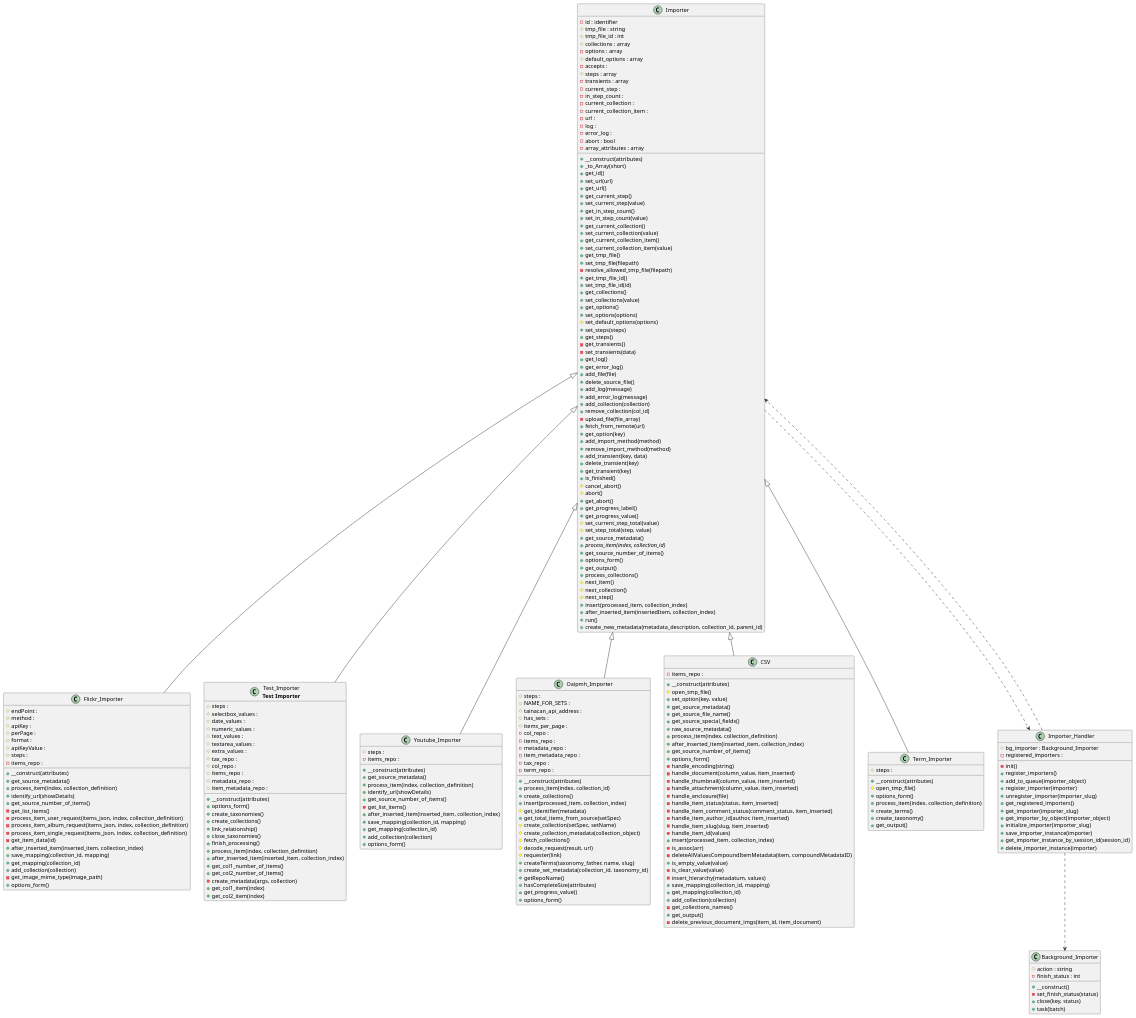
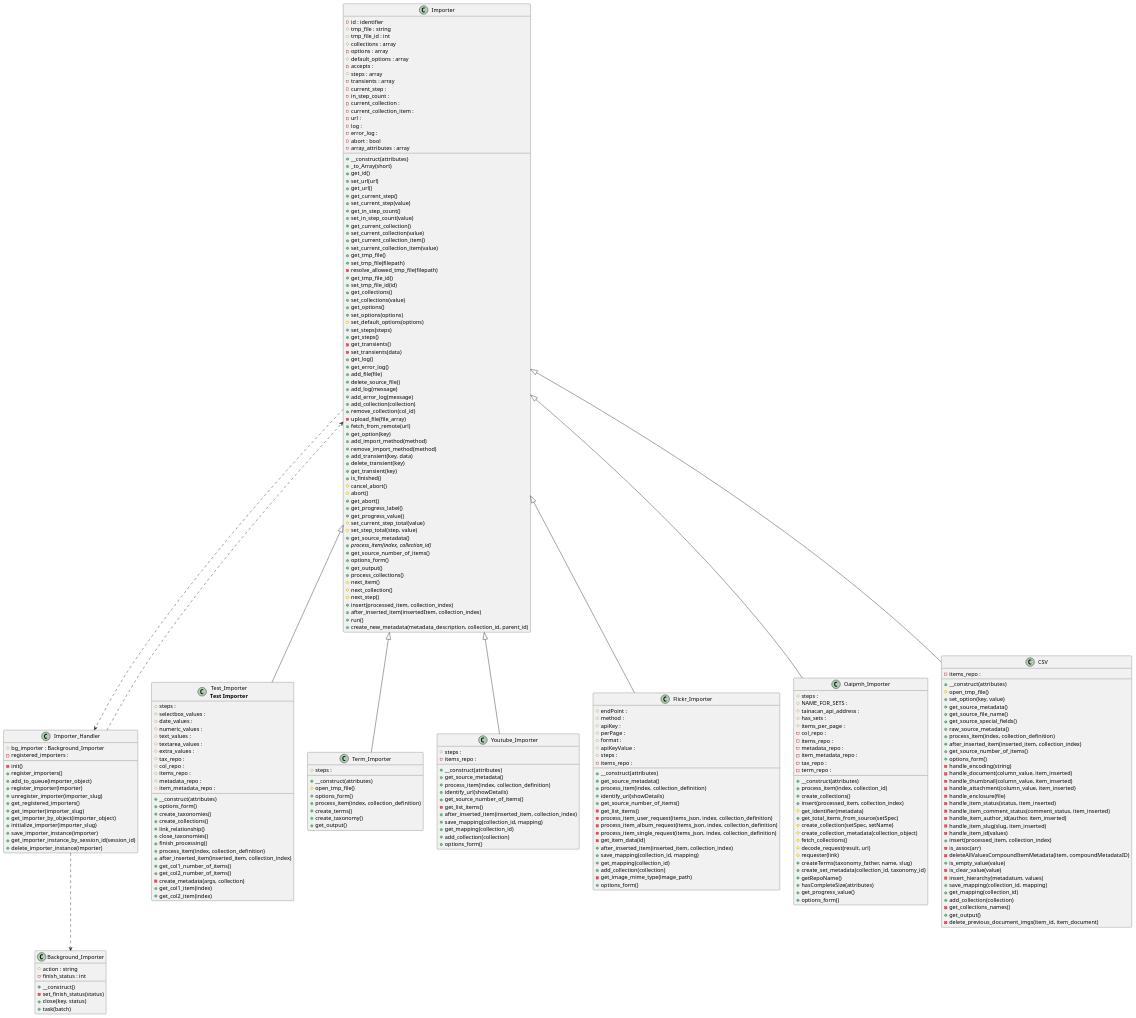
Before and after one commit to tainacan/tainacan: the diagram in docs/diagrams/tainacan-namespace-Tainacan-Importer.puml, drawn with PlantUML. The commit also changed other lines of this file and 96 other files, not shown here.

```diff
--- a/docs/diagrams/tainacan-namespace-Tainacan-Importer.puml
+++ b/docs/diagrams/tainacan-namespace-Tainacan-Importer.puml
@@ -1,30 +1,4 @@
 @startuml class-diagram
-  class "Flickr_Importer" as Flickr_Importer {
-    #endPoint : 
-    #method : 
-    #apiKey : 
-    #perPage : 
-    #format : 
-    #apiKeyValue : 
-    #steps : 
-    -items_repo : 
-    +__construct(attributes)
-    +get_source_metadata()
-    +process_item(index, collection_definition)
-    +identify_url(showDetails)
-    +get_source_number_of_items()
-    -get_list_items()
-    -process_item_user_request(items_json, index, collection_definition)
-    -process_item_album_request(items_json, index, collection_definition)
-    -process_item_single_request(items_json, index, collection_definition)
-    -get_item_data(id)
-    +after_inserted_item(inserted_item, collection_index)
-    +save_mapping(collection_id, mapping)
-    +get_mapping(collection_id)
-    +add_collection(collection)
-    -get_image_mime_type(image_path)
-    +options_form()
-  }
   class "Test_Importer\n<b>Test Importer</b>" as Test_Importer {
     #steps : 
     #selectbox_values : 
@@ -52,6 +26,147 @@
     -create_metadata(args, collection)
     +get_col1_item(index)
     +get_col2_item(index)
+  }
+  class "Term_Importer" as Term_Importer {
+    #steps : 
+    +__construct(attributes)
+    #open_tmp_file()
+    +options_form()
+    +process_item(index, collection_definition)
+    +create_terms()
+    +create_taxonomy()
+    +get_output()
+  }
+  class "Importer_Handler" as Importer_Handler {
+    #bg_importer : Background_Importer
+    -registered_importers : 
+    -init()
+    +register_importers()
+    +add_to_queue(importer_object)
+    +register_importer(importer)
+    +unregister_importer(importer_slug)
+    +get_registered_importers()
+    +get_importer(importer_slug)
+    +get_importer_by_object(importer_object)
+    +initialize_importer(importer_slug)
+    +save_importer_instance(importer)
+    +get_importer_instance_by_session_id(session_id)
+    +delete_importer_instance(importer)
+  }
+  class "Background_Importer" as Background_Importer {
+    #action : string
+    -finish_status : int
+    +__construct()
+    -set_finish_status(status)
+    +close(key, status)
+    +task(batch)
+  }
+  class "Youtube_Importer" as Youtube_Importer {
+    #steps : 
+    -items_repo : 
+    +__construct(attributes)
+    +get_source_metadata()
+    +process_item(index, collection_definition)
+    +identify_url(showDetails)
+    +get_source_number_of_items()
+    -get_list_items()
+    +after_inserted_item(inserted_item, collection_index)
+    +save_mapping(collection_id, mapping)
+    +get_mapping(collection_id)
+    +add_collection(collection)
+    +options_form()
+  }
+  class "Flickr_Importer" as Flickr_Importer {
+    #endPoint : 
+    #method : 
+    #apiKey : 
+    #perPage : 
+    #format : 
+    #apiKeyValue : 
+    #steps : 
+    -items_repo : 
+    +__construct(attributes)
+    +get_source_metadata()
+    +process_item(index, collection_definition)
+    +identify_url(showDetails)
+    +get_source_number_of_items()
+    -get_list_items()
+    -process_item_user_request(items_json, index, collection_definition)
+    -process_item_album_request(items_json, index, collection_definition)
+    -process_item_single_request(items_json, index, collection_definition)
+    -get_item_data(id)
+    +after_inserted_item(inserted_item, collection_index)
+    +save_mapping(collection_id, mapping)
+    +get_mapping(collection_id)
+    +add_collection(collection)
+    -get_image_mime_type(image_path)
+    +options_form()
+  }
+  class "Oaipmh_Importer" as Oaipmh_Importer {
+    #steps : 
+    #NAME_FOR_SETS : 
+    #tainacan_api_address : 
+    #has_sets : 
+    #items_per_page : 
+    -col_repo : 
+    -items_repo : 
+    -metadata_repo : 
+    -item_metadata_repo : 
+    -tax_repo : 
+    -term_repo : 
+    +__construct(attributes)
+    +process_item(index, collection_id)
+    +create_collections()
+    +insert(processed_item, collection_index)
+    #get_identifier(metadata)
+    +get_total_items_from_source(setSpec)
+    #create_collection(setSpec, setName)
+    #create_collection_metadata(collection_object)
+    #fetch_collections()
+    #decode_request(result, url)
+    #requester(link)
+    +createTerms(taxonomy_father, name, slug)
+    +create_set_metadata(collection_id, taxonomy_id)
+    +getRepoName()
+    +hasCompleteSize(attributes)
+    +get_progress_value()
+    +options_form()
+  }
+  class "CSV" as CSV {
+    -items_repo : 
+    +__construct(attributes)
+    #open_tmp_file()
+    +set_option(key, value)
+    +get_source_metadata()
+    +get_source_file_name()
+    +get_source_special_fields()
+    +raw_source_metadata()
+    +process_item(index, collection_definition)
+    +after_inserted_item(inserted_item, collection_index)
+    +get_source_number_of_items()
+    +options_form()
+    -handle_encoding(string)
+    -handle_document(column_value, item_inserted)
+    -handle_thumbnail(column_value, item_inserted)
+    -handle_attachment(column_value, item_inserted)
+    -handle_enclosure(file)
+    -handle_item_status(status, item_inserted)
+    -handle_item_comment_status(comment_status, item_inserted)
+    -handle_item_author_id(author, item_inserted)
+    -handle_item_slug(slug, item_inserted)
+    -handle_item_id(values)
+    +insert(processed_item, collection_index)
+    -is_assoc(arr)
+    -deleteAllValuesCompoundItemMetadata(item, compoundMetadataID)
+    +is_empty_value(value)
+    -is_clear_value(value)
+    -insert_hierarchy(metadatum, values)
+    +save_mapping(collection_id, mapping)
+    +get_mapping(collection_id)
+    +add_collection(collection)
+    -get_collections_names()
+    +get_output()
+    -delete_previous_document_imgs(item_id, item_document)
   }
   class "Importer" as Importer {
     -id : identifier
@@ -137,121 +252,6 @@
     +run()
     +create_new_metadata(metadata_description, collection_id, parent_id)
   }
-  class "Background_Importer" as Background_Importer {
-    #action : string
-    -finish_status : int
-    +__construct()
-    -set_finish_status(status)
-    +close(key, status)
-    +task(batch)
-  }
-  class "Youtube_Importer" as Youtube_Importer {
-    #steps : 
-    -items_repo : 
-    +__construct(attributes)
-    +get_source_metadata()
-    +process_item(index, collection_definition)
-    +identify_url(showDetails)
-    +get_source_number_of_items()
-    -get_list_items()
-    +after_inserted_item(inserted_item, collection_index)
-    +save_mapping(collection_id, mapping)
-    +get_mapping(collection_id)
-    +add_collection(collection)
-    +options_form()
-  }
-  class "Oaipmh_Importer" as Oaipmh_Importer {
-    #steps : 
-    #NAME_FOR_SETS : 
-    #tainacan_api_address : 
-    #has_sets : 
-    #items_per_page : 
-    -col_repo : 
-    -items_repo : 
-    -metadata_repo : 
-    -item_metadata_repo : 
-    -tax_repo : 
-    -term_repo : 
-    +__construct(attributes)
-    +process_item(index, collection_id)
-    +create_collections()
-    +insert(processed_item, collection_index)
-    #get_identifier(metadata)
-    +get_total_items_from_source(setSpec)
-    #create_collection(setSpec, setName)
-    #create_collection_metadata(collection_object)
-    #fetch_collections()
-    #decode_request(result, url)
-    #requester(link)
-    +createTerms(taxonomy_father, name, slug)
-    +create_set_metadata(collection_id, taxonomy_id)
-    +getRepoName()
-    +hasCompleteSize(attributes)
-    +get_progress_value()
-    +options_form()
-  }
-  class "CSV" as CSV {
-    -items_repo : 
-    +__construct(attributes)
-    #open_tmp_file()
-    +set_option(key, value)
-    +get_source_metadata()
-    +get_source_file_name()
-    +get_source_special_fields()
-    +raw_source_metadata()
-    +process_item(index, collection_definition)
-    +after_inserted_item(inserted_item, collection_index)
-    +get_source_number_of_items()
-    +options_form()
-    -handle_encoding(string)
-    -handle_document(column_value, item_inserted)
-    -handle_thumbnail(column_value, item_inserted)
-    -handle_attachment(column_value, item_inserted)
-    -handle_enclosure(file)
-    -handle_item_status(status, item_inserted)
-    -handle_item_comment_status(comment_status, item_inserted)
-    -handle_item_author_id(author, item_inserted)
-    -handle_item_slug(slug, item_inserted)
-    -handle_item_id(values)
-    +insert(processed_item, collection_index)
-    -is_assoc(arr)
-    -deleteAllValuesCompoundItemMetadata(item, compoundMetadataID)
-    +is_empty_value(value)
-    -is_clear_value(value)
-    -insert_hierarchy(metadatum, values)
-    +save_mapping(collection_id, mapping)
-    +get_mapping(collection_id)
-    +add_collection(collection)
-    -get_collections_names()
-    +get_output()
-    -delete_previous_document_imgs(item_id, item_document)
-  }
-  class "Term_Importer" as Term_Importer {
-    #steps : 
-    +__construct(attributes)
-    #open_tmp_file()
-    +options_form()
-    +process_item(index, collection_definition)
-    +create_terms()
-    +create_taxonomy()
-    +get_output()
-  }
-  class "Importer_Handler" as Importer_Handler {
-    #bg_importer : Background_Importer
-    -registered_importers : 
-    -init()
-    +register_importers()
-    +add_to_queue(importer_object)
-    +register_importer(importer)
-    +unregister_importer(importer_slug)
-    +get_registered_importers()
-    +get_importer(importer_slug)
-    +get_importer_by_object(importer_object)
-    +initialize_importer(importer_slug)
-    +save_importer_instance(importer)
-    +get_importer_instance_by_session_id(session_id)
-    +delete_importer_instance(importer)
-  }
   Importer ..> Importer_Handler
   Importer <|-- CSV
   Importer <|-- Flickr_Importer
```
